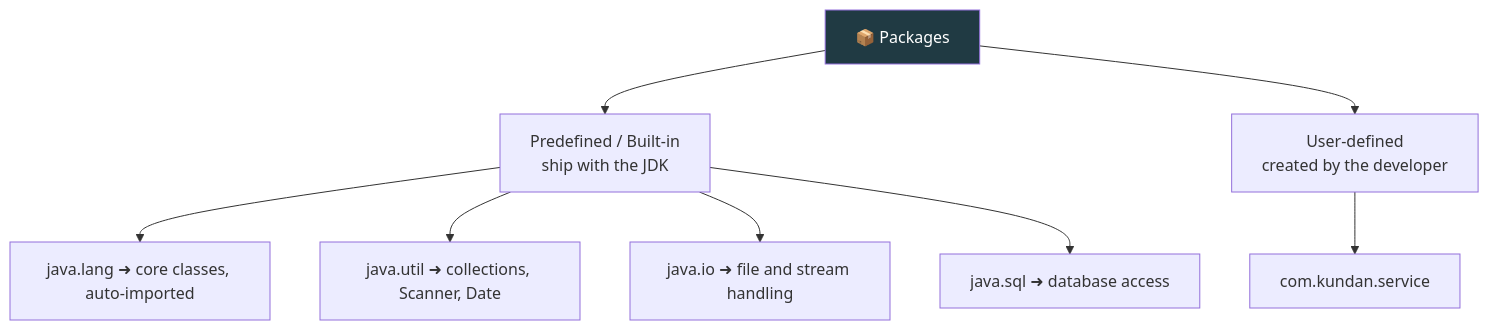
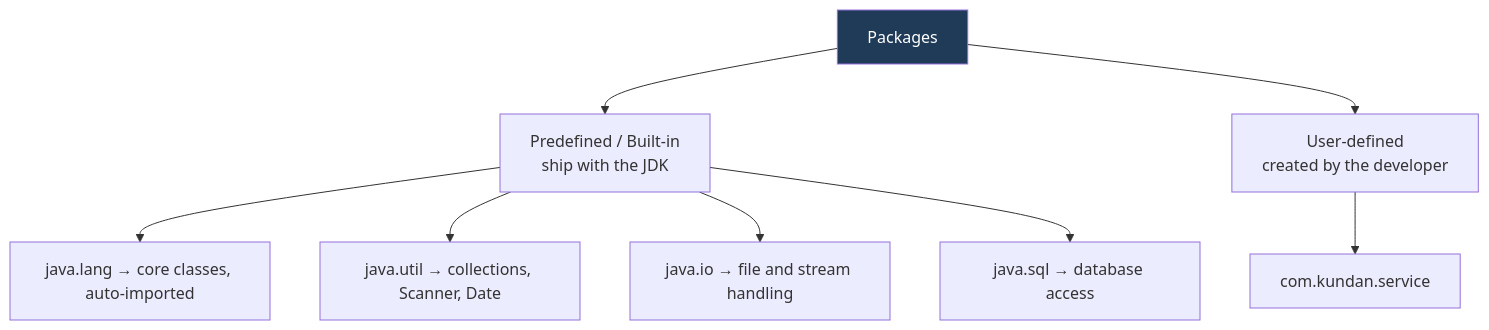
Before and after one commit to kundankumarsharma56/Leaning-Java: the diagram in src/Theory/07-Packages-Wrapper-Exceptions/01-Packages.md, drawn with Mermaid. The commit also changed other lines of this file and 84 other files, not shown here.

````diff
--- a/src/Theory/07-Packages-Wrapper-Exceptions/01-Packages.md
+++ b/src/Theory/07-Packages-Wrapper-Exceptions/01-Packages.md
@@ -23,11 +23,11 @@
 ```mermaid
 flowchart TD
-    P["📦 Packages"] --> B["Predefined / Built-in<br/>ship with the JDK"]
+    P["Packages"] --> B["Predefined / Built-in<br/>ship with the JDK"]
     P --> U["User-defined<br/>created by the developer"]
-    B --> B1["java.lang ➜ core classes, auto-imported"]
-    B --> B2["java.util ➜ collections, Scanner, Date"]
-    B --> B3["java.io ➜ file and stream handling"]
-    B --> B4["java.sql ➜ database access"]
+    B --> B1["java.lang → core classes, auto-imported"]
+    B --> B2["java.util → collections, Scanner, Date"]
+    B --> B3["java.io → file and stream handling"]
+    B --> B4["java.sql → database access"]
     U --> U1["com.kundan.service"]
-    style P fill:#203a43,color:#fff
+    style P fill:#1f3b57,color:#fff
 ```
````
